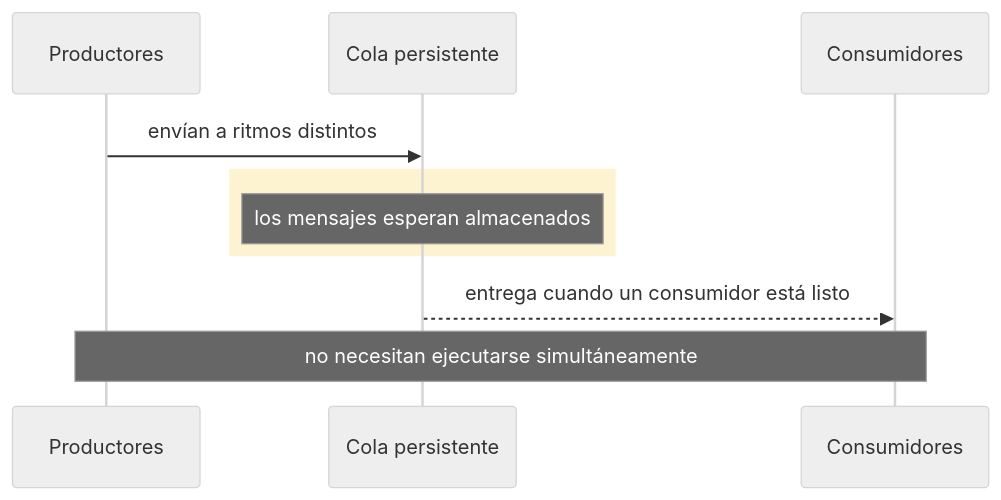
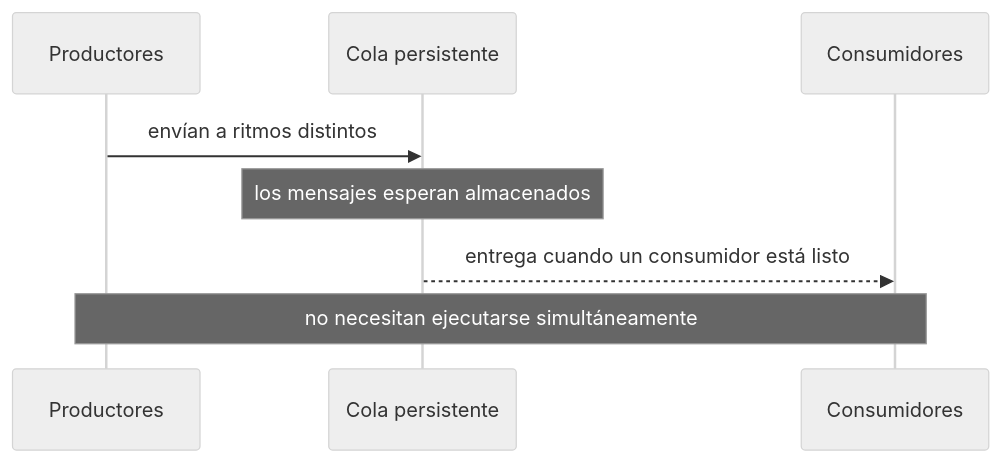
One commit to asiermarzo/ssoo changed the first of 2 diagrams in TEORIA/09-ipc-colas-de-mensajes/README.md. Above: the diagram before and after it, drawn with Mermaid (neutral theme). The commit also changed 12 other files, not shown here.

Commit message:
ajuste subrects de mermaids

````diff
--- a/TEORIA/09-ipc-colas-de-mensajes/README.md
+++ b/TEORIA/09-ipc-colas-de-mensajes/README.md
@@ -28,12 +28,10 @@
 ```mermaid
 sequenceDiagram
     participant P as Productores
     participant Q as Cola persistente
     participant C as Consumidores
     P->>Q: envían a ritmos distintos
-    rect rgb(253, 243, 208)
-        Note over Q: los mensajes esperan almacenados
-    end
+    Note over Q: los mensajes esperan almacenados
     Q-->>C: entrega cuando un consumidor está listo
     Note over P,C: no necesitan ejecutarse simultáneamente
 ```
````
